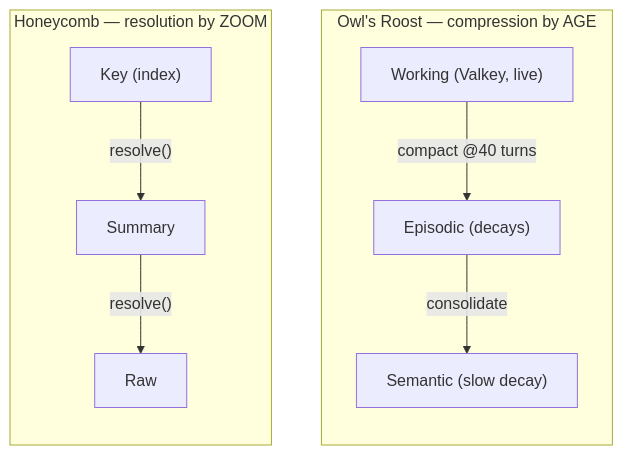
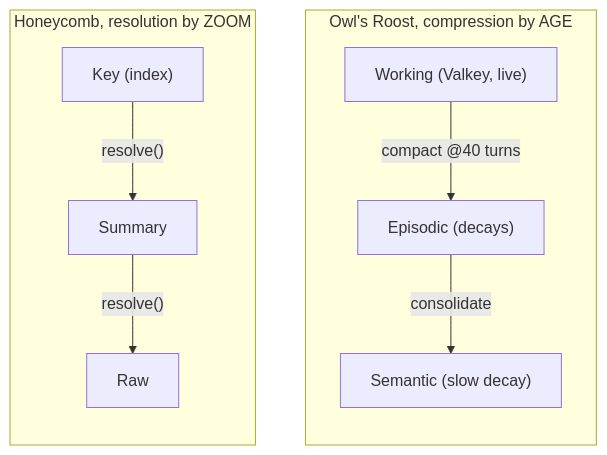
One commit to legioncodeinc/honeycomb changed the diagram in library/knowledge/private/ai/prior-art-owls-roost-crosswalk.md. Above: the diagram before and after it, drawn with Mermaid. The commit also changed other lines of this file and 13 other files, not shown here.

First line of the commit message:
docs(knowledge): clear em dashes base-wide; harden architecture cluster

````diff
--- a/library/knowledge/private/ai/prior-art-owls-roost-crosswalk.md
+++ b/library/knowledge/private/ai/prior-art-owls-roost-crosswalk.md
@@ -73,11 +73,11 @@
 ```mermaid
 flowchart TB
-    subgraph OR["Owl's Roost — compression by AGE"]
+    subgraph OR["Owl's Roost, compression by AGE"]
         direction TB
         W["Working (Valkey, live)"] -->|"compact @40 turns"| E["Episodic (decays)"] -->|"consolidate"| Sem["Semantic (slow decay)"]
     end
-    subgraph HC["Honeycomb — resolution by ZOOM"]
+    subgraph HC["Honeycomb, resolution by ZOOM"]
         direction TB
         Ky["Key (index)"] -->|"resolve()"| Su["Summary"] -->|"resolve()"| Rw["Raw"]
     end
 ```
````
